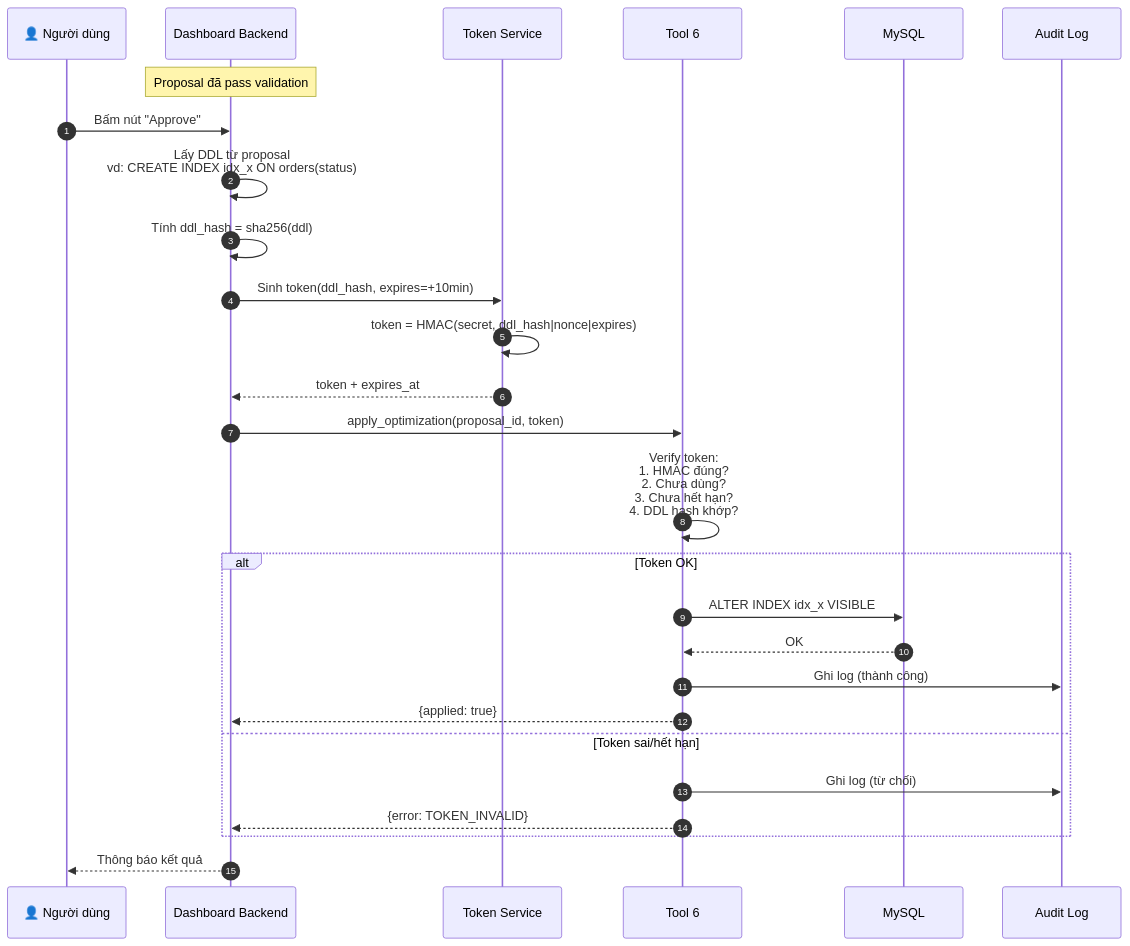
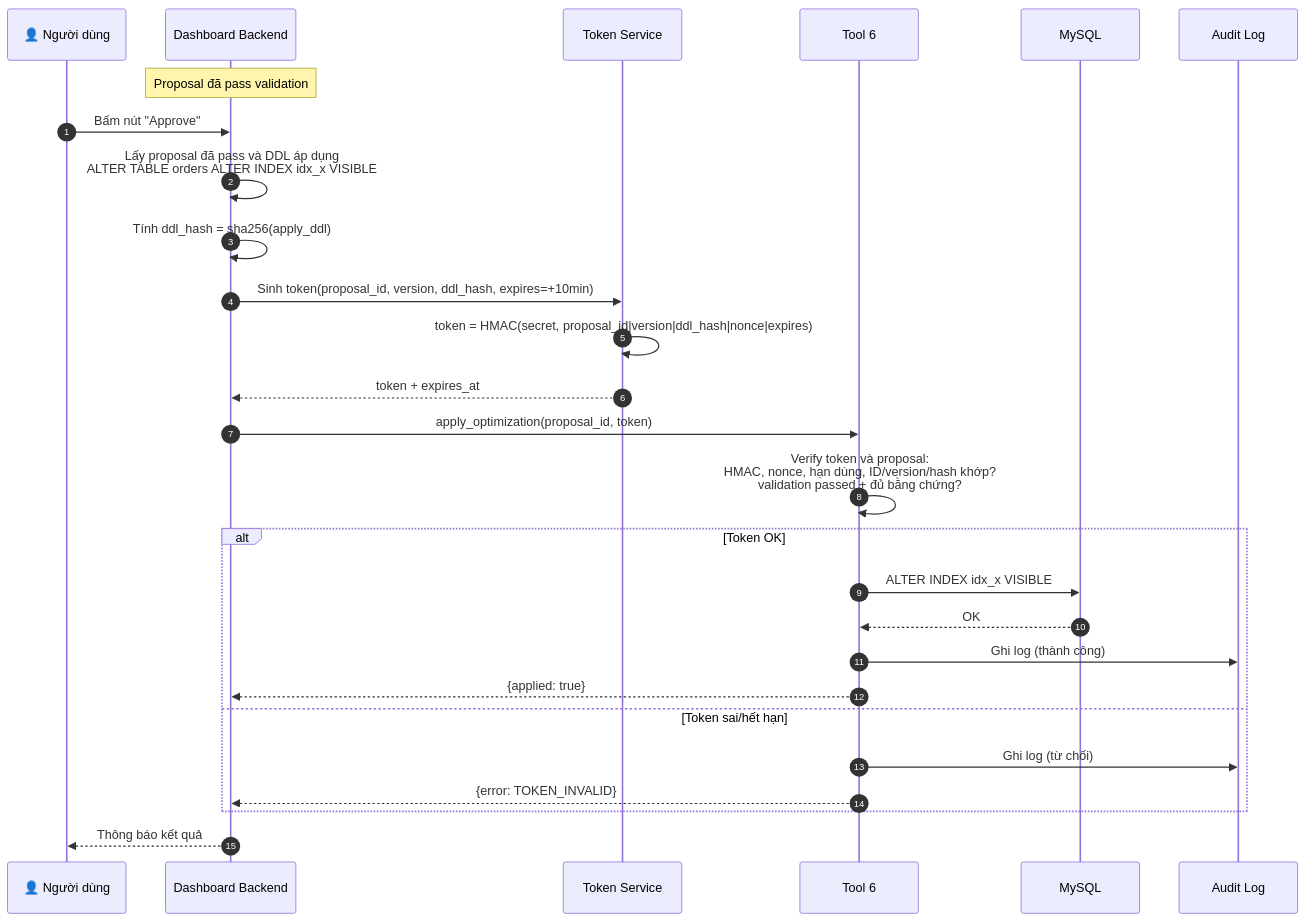
The fourth of 8 diagrams in docs/architecture.md (lam-vu6868/mcp-slowquery-optimizer), drawn with Mermaid before and after one commit. The commit also changed other lines of this file and 15 other files, not shown here.

Commit message:
fix: nội dung file architecture và comment lại các file liên quan

````diff
--- a/docs/architecture.md
+++ b/docs/architecture.md
@@ -312,30 +320,30 @@
 ```mermaid
 sequenceDiagram
     autonumber
     participant U as 👤 Người dùng
     participant D as Dashboard Backend
     participant S as Token Service
     participant T6 as Tool 6
     participant DB as MySQL
     participant A as Audit Log
 
     Note over D: Proposal đã pass validation
     U->>D: Bấm nút "Approve"
-    D->>D: Lấy DDL từ proposal<br/>vd: CREATE INDEX idx_x ON orders(status)
-    D->>D: Tính ddl_hash = sha256(ddl)
-    D->>S: Sinh token(ddl_hash, expires=+10min)
-    S->>S: token = HMAC(secret, ddl_hash|nonce|expires)
+    D->>D: Lấy proposal đã pass và DDL áp dụng<br/>ALTER TABLE orders ALTER INDEX idx_x VISIBLE
+    D->>D: Tính ddl_hash = sha256(apply_ddl)
+    D->>S: Sinh token(proposal_id, version, ddl_hash, expires=+10min)
+    S->>S: token = HMAC(secret, proposal_id|version|ddl_hash|nonce|expires)
     S-->>D: token + expires_at
     D->>T6: apply_optimization(proposal_id, token)
-    T6->>T6: Verify token:<br/>1. HMAC đúng?<br/>2. Chưa dùng?<br/>3. Chưa hết hạn?<br/>4. DDL hash khớp?
+    T6->>T6: Verify token và proposal:<br/>HMAC, nonce, hạn dùng, ID/version/hash khớp?<br/>validation passed + đủ bằng chứng?
     alt Token OK
         T6->>DB: ALTER INDEX idx_x VISIBLE
         DB-->>T6: OK
         T6->>A: Ghi log (thành công)
         T6-->>D: {applied: true}
     else Token sai/hết hạn
         T6->>A: Ghi log (từ chối)
         T6-->>D: {error: TOKEN_INVALID}
     end
     D-->>U: Thông báo kết quả
 ```
````
